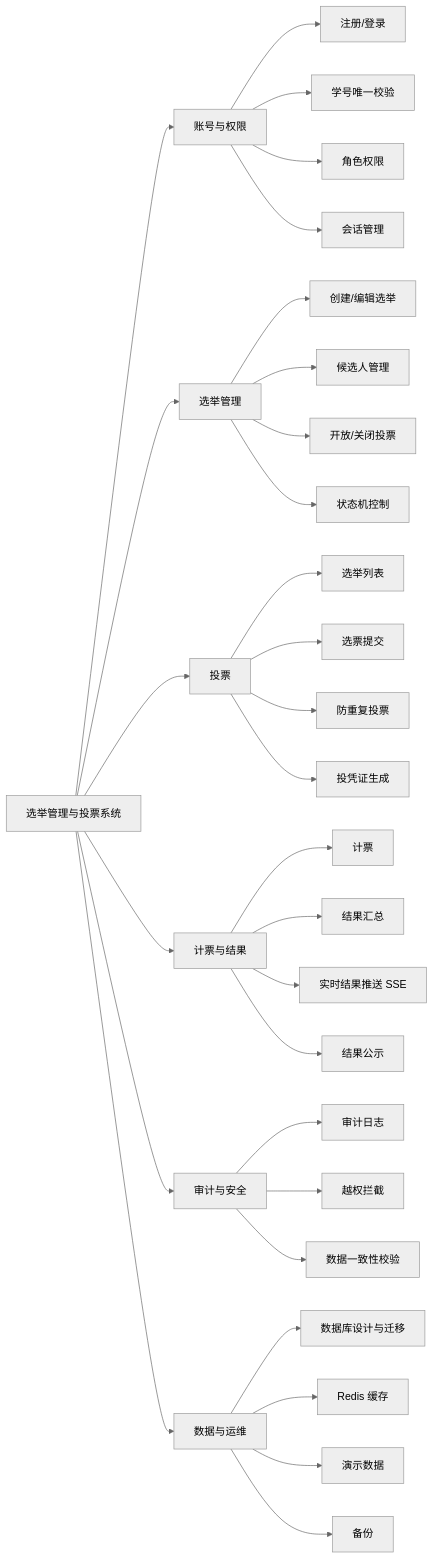
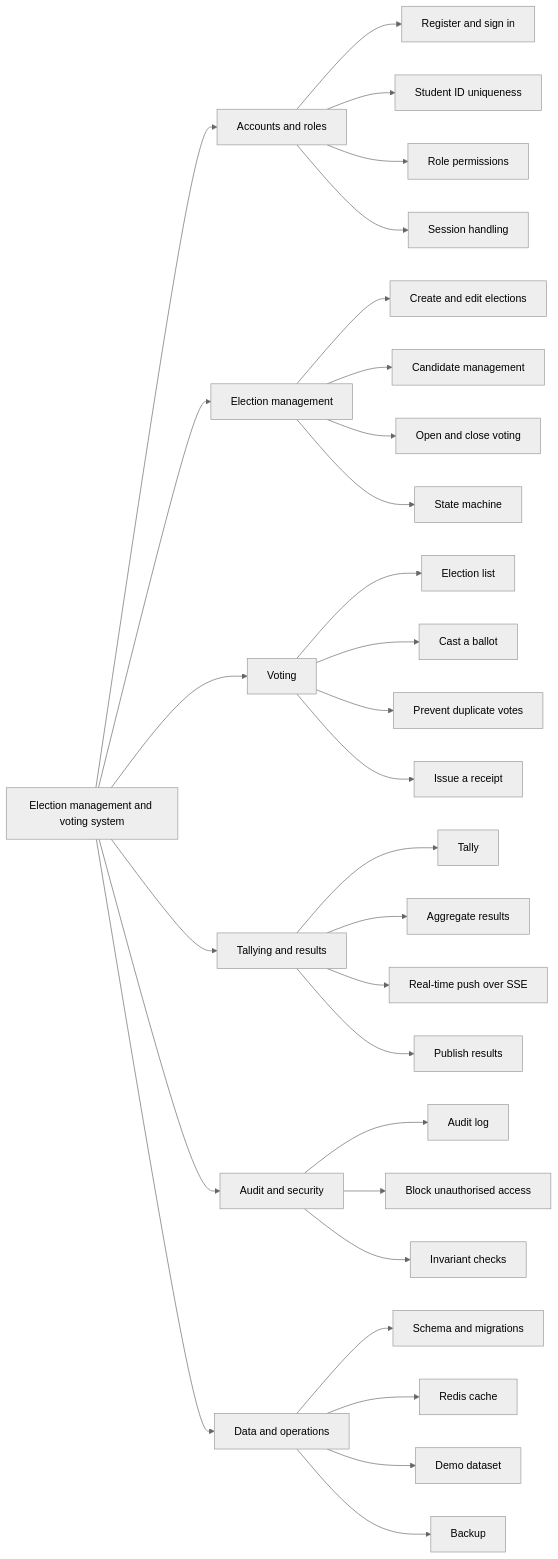
The fifth of 6 diagrams in docs/01-project-plan.md (David-echo/COMP3500_group_project), drawn with Mermaid (neutral theme) before and after one commit. The commit also changed other lines of this file and 82 other files, not shown here.

First line of the commit message:
docs: translate the repository to English and re-render all diagrams

````diff
--- a/docs/01-project-plan.md
+++ b/docs/01-project-plan.md
@@ -160,40 +159,40 @@
 ```mermaid
 flowchart LR
-    ROOT[选举管理与投票系统]
+    ROOT[Election management and voting system]
 
-    ROOT --> M1[账号与权限]
-    ROOT --> M2[选举管理]
-    ROOT --> M3[投票]
-    ROOT --> M4[计票与结果]
-    ROOT --> M5[审计与安全]
-    ROOT --> M6[数据与运维]
+    ROOT --> M1[Accounts and roles]
+    ROOT --> M2[Election management]
+    ROOT --> M3[Voting]
+    ROOT --> M4[Tallying and results]
+    ROOT --> M5[Audit and security]
+    ROOT --> M6[Data and operations]
 
-    M1 --> M1a[注册/登录]
-    M1 --> M1b[学号唯一校验]
-    M1 --> M1c[角色权限]
-    M1 --> M1d[会话管理]
+    M1 --> M1a[Register and sign in]
+    M1 --> M1b[Student ID uniqueness]
+    M1 --> M1c[Role permissions]
+    M1 --> M1d[Session handling]
 
-    M2 --> M2a[创建/编辑选举]
-    M2 --> M2b[候选人管理]
-    M2 --> M2c[开放/关闭投票]
-    M2 --> M2d[状态机控制]
+    M2 --> M2a[Create and edit elections]
+    M2 --> M2b[Candidate management]
+    M2 --> M2c[Open and close voting]
+    M2 --> M2d[State machine]
 
-    M3 --> M3a[选举列表]
-    M3 --> M3b[选票提交]
-    M3 --> M3c[防重复投票]
-    M3 --> M3d[投凭证生成]
+    M3 --> M3a[Election list]
+    M3 --> M3b[Cast a ballot]
+    M3 --> M3c[Prevent duplicate votes]
+    M3 --> M3d[Issue a receipt]
 
-    M4 --> M4a[计票]
-    M4 --> M4b[结果汇总]
-    M4 --> M4c[实时结果推送 SSE]
-    M4 --> M4d[结果公示]
+    M4 --> M4a[Tally]
+    M4 --> M4b[Aggregate results]
+    M4 --> M4c[Real-time push over SSE]
+    M4 --> M4d[Publish results]
 
-    M5 --> M5a[审计日志]
-    M5 --> M5b[越权拦截]
-    M5 --> M5c[数据一致性校验]
+    M5 --> M5a[Audit log]
+    M5 --> M5b[Block unauthorised access]
+    M5 --> M5c[Invariant checks]
 
-    M6 --> M6a[数据库设计与迁移]
-    M6 --> M6b[Redis 缓存]
-    M6 --> M6c[演示数据]
-    M6 --> M6d[备份]
+    M6 --> M6a[Schema and migrations]
+    M6 --> M6b[Redis cache]
+    M6 --> M6c[Demo dataset]
+    M6 --> M6d[Backup]
 ```
````
